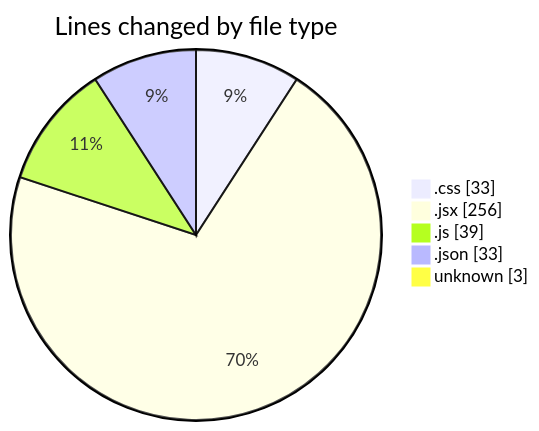
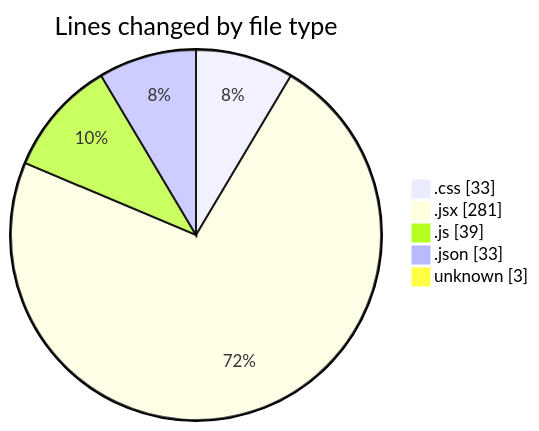
One commit to Elitesun/code-tracking changed the first of 2 diagrams in 2025-02-14/elitegpt/README.md. Above: the diagram before and after it, drawn with Mermaid. The commit also changed other lines of this file and 1 other file, not shown here.

````diff
--- a/2025-02-14/elitegpt/README.md
+++ b/2025-02-14/elitegpt/README.md
@@ -29,9 +30,9 @@
 ```mermaid
 pie showData
 title Lines changed by file type
 ".css" : 33
-".jsx" : 256
+".jsx" : 281
 ".js" : 39
 ".json" : 33
 "unknown" : 3
 ```
````
